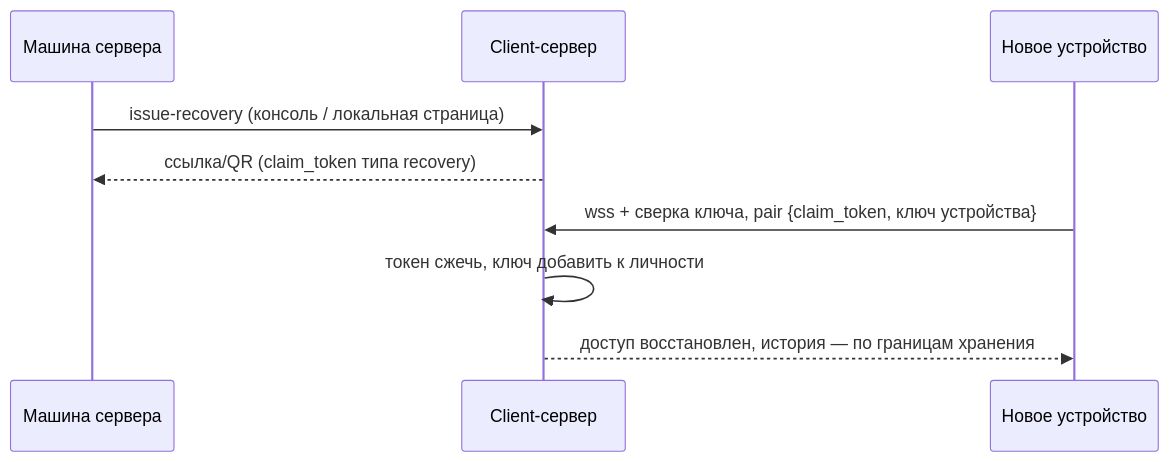
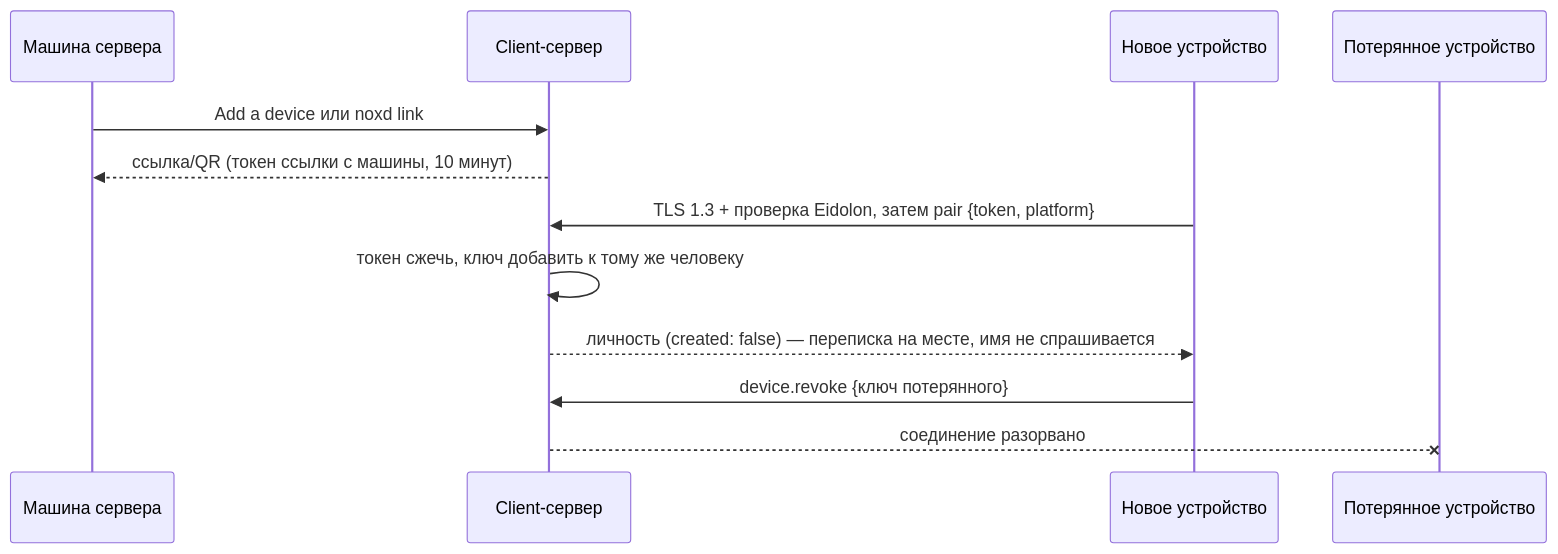
Before and after one commit to cyphernet-labs/nox-app: the third of 5 diagrams in docs/client-backend/architecture/authentication.md, drawn with Mermaid. The commit also changed other lines of this file and 6 other files, not shown here.

````diff
--- a/docs/client-backend/architecture/authentication.md
+++ b/docs/client-backend/architecture/authentication.md
@@ -116,11 +130,14 @@
 ```mermaid
 sequenceDiagram
   participant M as Машина сервера
   participant CB as Client-сервер
   participant N as Новое устройство
-  M->>CB: issue-recovery (консоль / локальная страница)
-  CB-->>M: ссылка/QR (claim_token типа recovery)
-  N->>CB: wss + сверка ключа, pair {claim_token, ключ устройства}
-  CB->>CB: токен сжечь, ключ добавить к личности
-  CB-->>N: доступ восстановлен, история — по границам хранения
+  participant L as Потерянное устройство
+  M->>CB: Add a device или noxd link
+  CB-->>M: ссылка/QR (токен ссылки с машины, 10 минут)
+  N->>CB: TLS 1.3 + проверка Eidolon, затем pair {token, platform}
+  CB->>CB: токен сжечь, ключ добавить к тому же человеку
+  CB-->>N: личность (created: false) — переписка на месте, имя не спрашивается
+  N->>CB: device.revoke {ключ потерянного}
+  CB--xL: соединение разорвано
 ```
````
